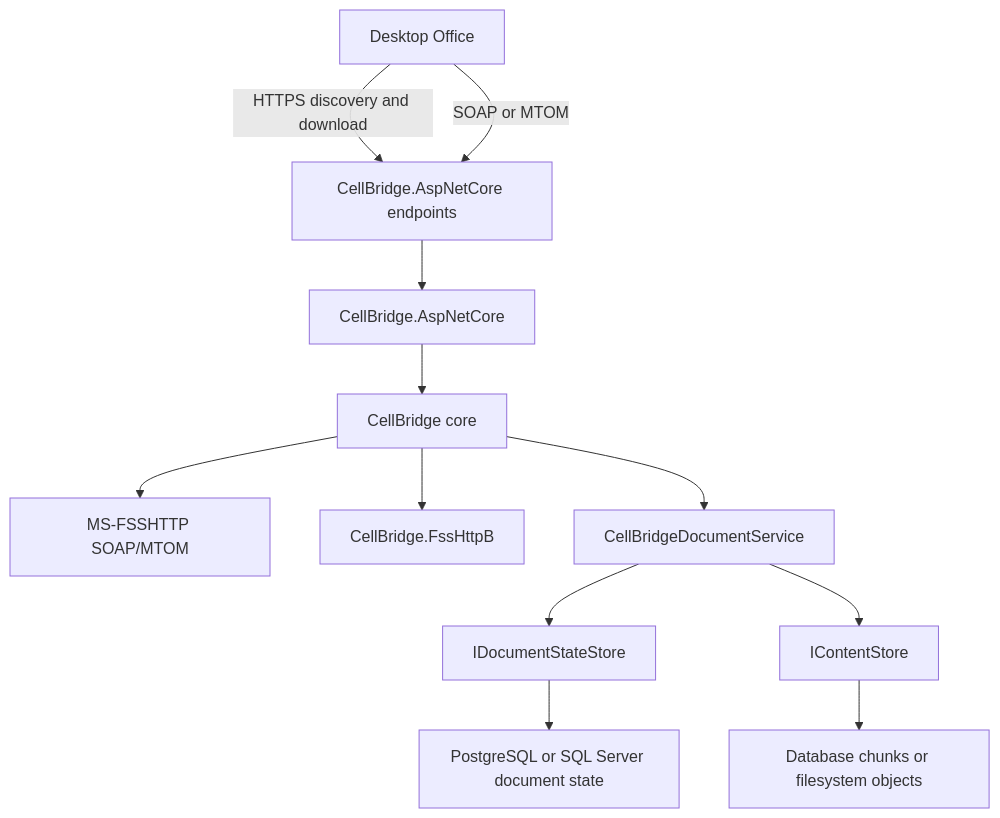
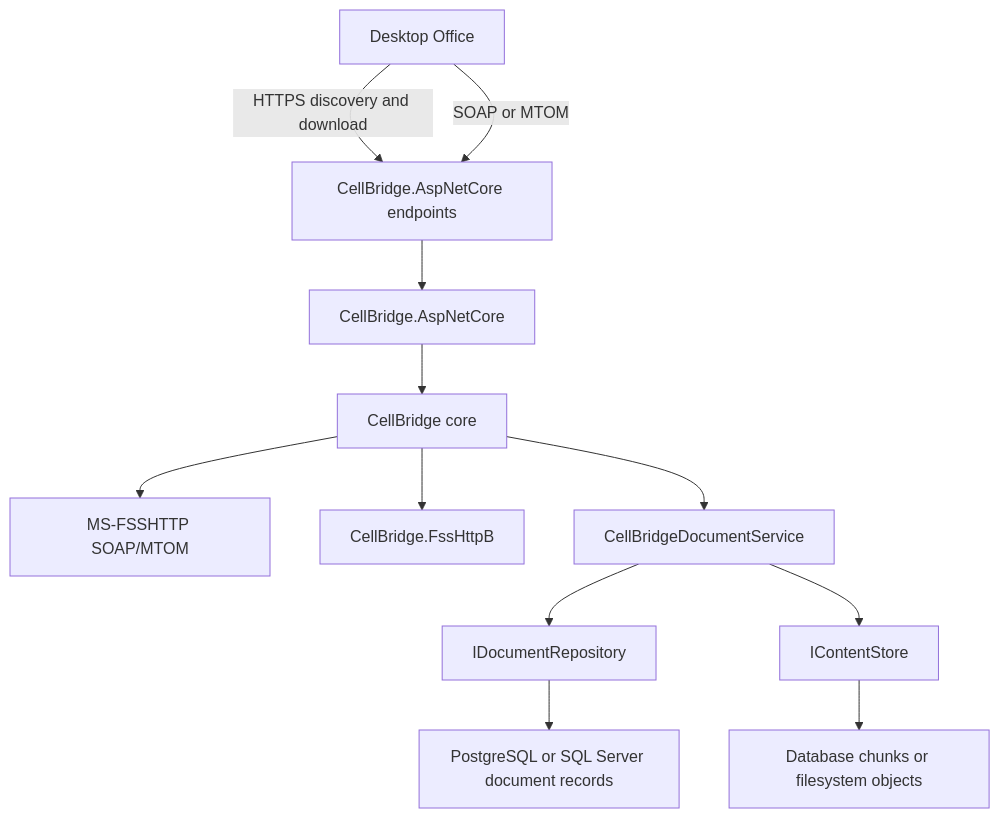
Before and after one commit to PatrickMatthiesen/cellbridge: the diagram in docs/architecture.md, drawn with Mermaid. The commit also changed other lines of this file and 348 other files, not shown here.

````diff
--- a/docs/architecture.md
+++ b/docs/architecture.md
@@ -16,14 +16,14 @@
 ```mermaid
 flowchart TD
     Office[Desktop Office] -->|HTTPS discovery and download| Host[CellBridge.AspNetCore endpoints]
     Office -->|SOAP or MTOM| Host
     Host --> Http[CellBridge.AspNetCore]
     Http --> Core[CellBridge core]
     Core --> Soap[MS-FSSHTTP SOAP/MTOM]
     Core --> Binary[CellBridge.FssHttpB]
     Core --> Service[CellBridgeDocumentService]
-    Service --> State[IDocumentStateStore]
+    Service --> Repository[IDocumentRepository]
     Service --> Content[IContentStore]
-    State --> Database[PostgreSQL or SQL Server document state]
+    Repository --> Database[PostgreSQL or SQL Server document records]
     Content --> Blobs[Database chunks or filesystem objects]
 ```
````
